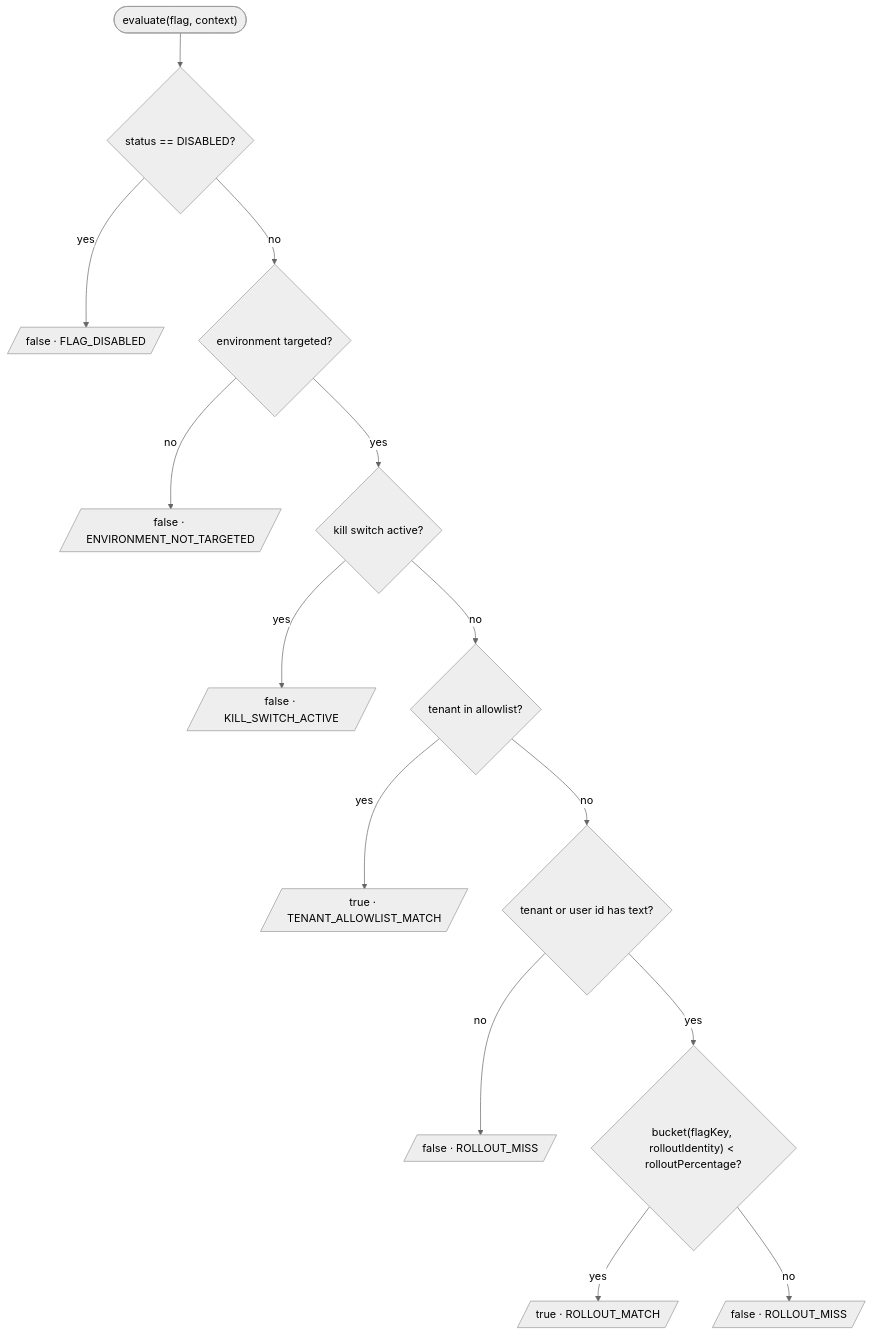
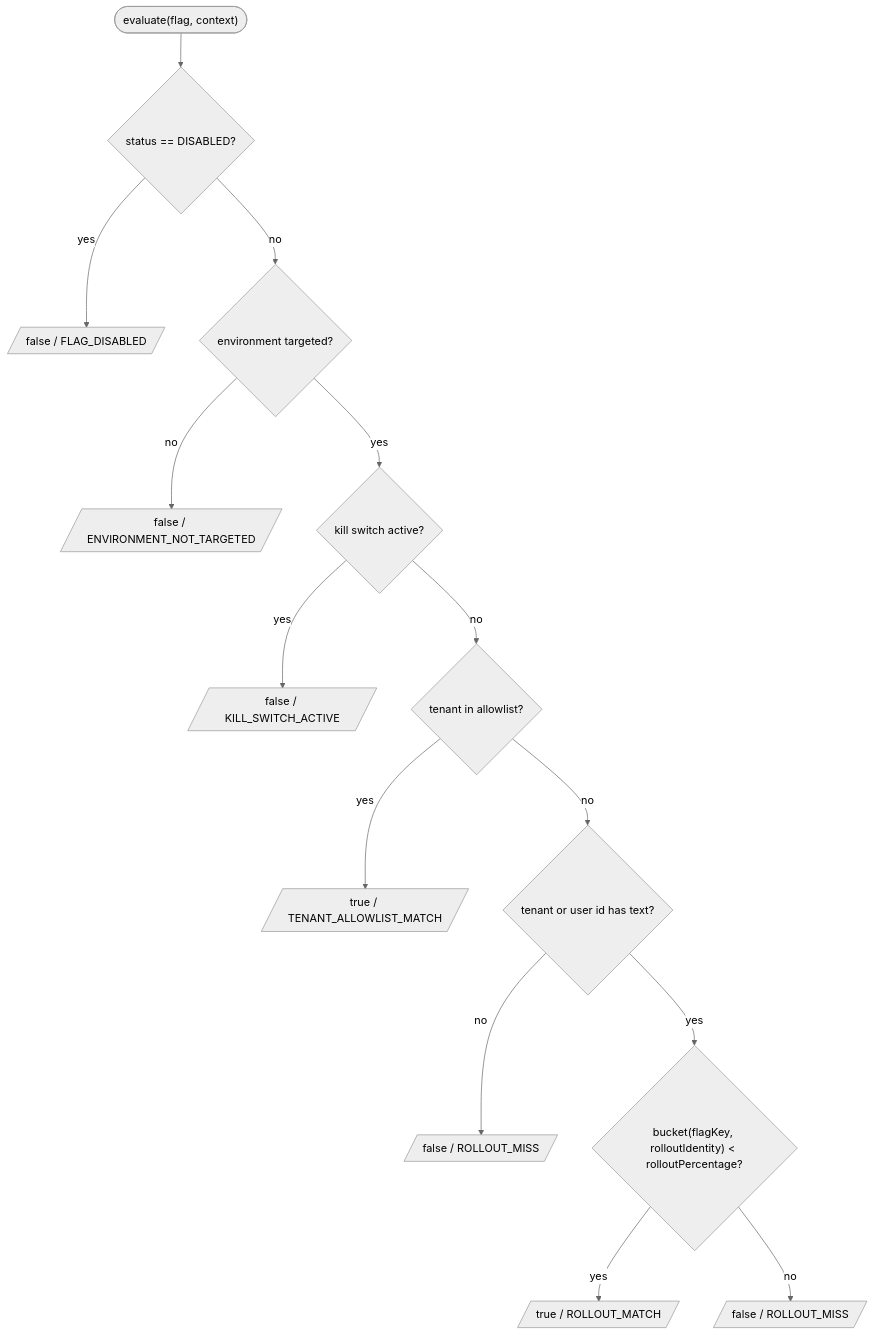
The second of 3 diagrams in README.md (42milez/feature-flag-expt), drawn with Mermaid (neutral theme) before and after one commit. The commit also changed other lines of this file and 1 other file, not shown here.

Commit message:
docs: update README diagram syntax (#42)

````diff
--- a/README.md
+++ b/README.md
@@ -141,16 +141,16 @@
 ```mermaid
 flowchart TD
     Start(["evaluate(flag, context)"]) --> S{status == DISABLED?}
-    S -- yes --> R1[/false · FLAG_DISABLED/]
+    S -- yes --> R1[/false / FLAG_DISABLED/]
     S -- no --> E{environment targeted?}
-    E -- no --> R2[/false · ENVIRONMENT_NOT_TARGETED/]
+    E -- no --> R2[/false / ENVIRONMENT_NOT_TARGETED/]
     E -- yes --> K{kill switch active?}
-    K -- yes --> R3[/false · KILL_SWITCH_ACTIVE/]
+    K -- yes --> R3[/false / KILL_SWITCH_ACTIVE/]
     K -- no --> A{tenant in allowlist?}
-    A -- yes --> R4[/true · TENANT_ALLOWLIST_MATCH/]
+    A -- yes --> R4[/true / TENANT_ALLOWLIST_MATCH/]
     A -- no --> I{tenant or user id has text?}
-    I -- no --> R5[/false · ROLLOUT_MISS/]
+    I -- no --> R5[/false / ROLLOUT_MISS/]
     I -- yes --> B{"bucket(flagKey, rolloutIdentity) &lt; rolloutPercentage?"}
-    B -- yes --> R6[/true · ROLLOUT_MATCH/]
-    B -- no --> R7[/false · ROLLOUT_MISS/]
+    B -- yes --> R6[/true / ROLLOUT_MATCH/]
+    B -- no --> R7[/false / ROLLOUT_MISS/]
 ```
````
